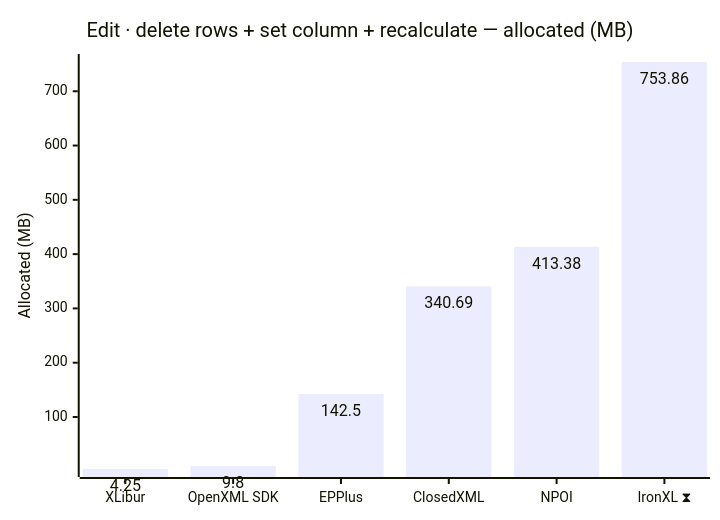
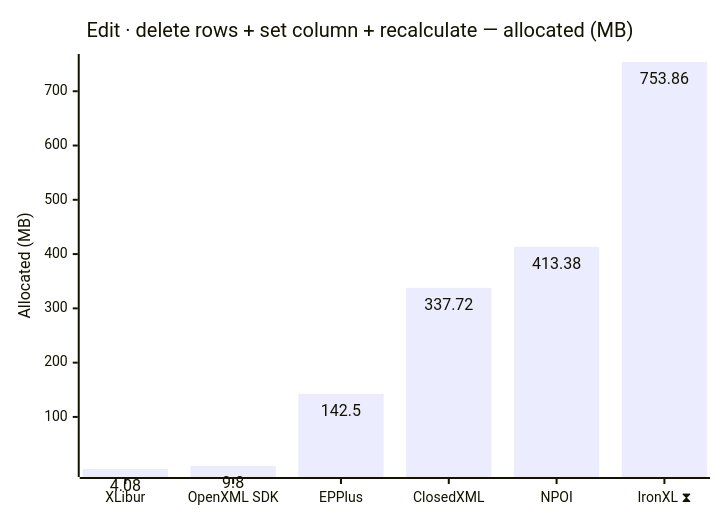
One commit to jafin/XLBench changed the tenth of 12 diagrams in docs/results-ci.md. Above: the diagram before and after it, drawn with Mermaid. The commit also changed other lines of this file, not shown here.

````diff
--- a/docs/results-ci.md
+++ b/docs/results-ci.md
@@ -158,12 +158,12 @@
 ```mermaid
 ---
 config:
   xyChart:
     showDataLabel: true
 ---
 xychart-beta
     title "Edit · delete rows + set column + recalculate — allocated (MB)"
     x-axis ["XLibur", "OpenXML SDK", "EPPlus", "ClosedXML", "NPOI", "IronXL ⧗"]
     y-axis "Allocated (MB)"
-    bar [4.25, 9.8, 142.5, 340.69, 413.38, 753.86]
+    bar [4.08, 9.8, 142.5, 337.72, 413.38, 753.86]
 ```
````
